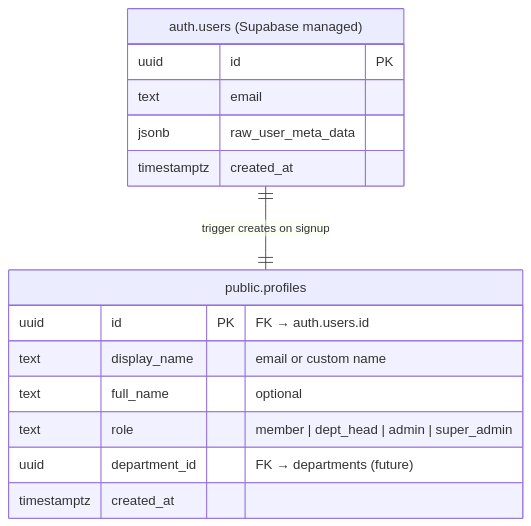
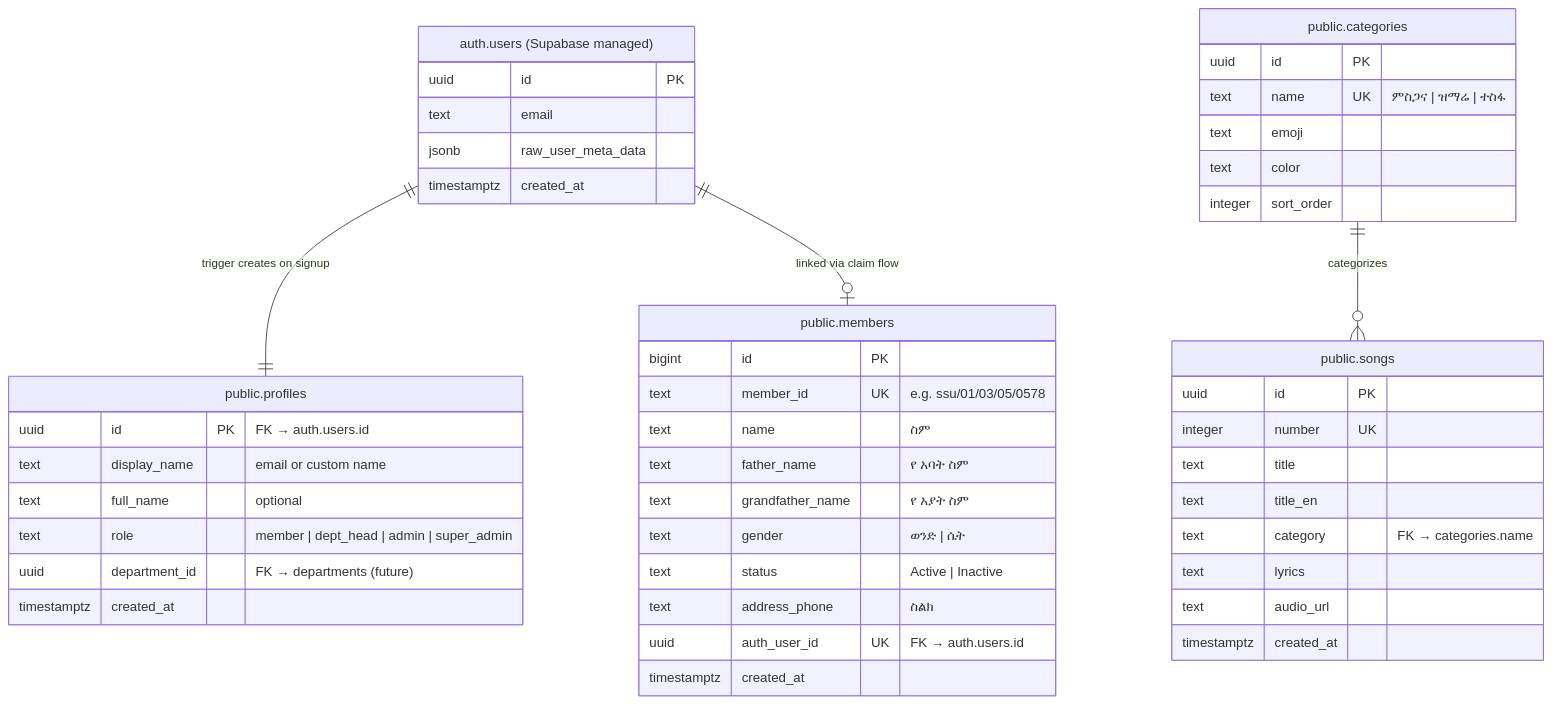
The first of 6 diagrams in docs/database.md (Felege-Yordanos-Tech-Team/felege-yordanos-app), drawn with Mermaid before and after one commit. The commit also changed other lines of this file and 3 other files, not shown here.

First line of the commit message:
docs: 📝 update all architecture docs for latest features

````diff
--- a/docs/database.md
+++ b/docs/database.md
@@ -9,20 +9,54 @@
 ```mermaid
 erDiagram
     AUTH_USERS["auth.users (Supabase managed)"] {
         uuid id PK
         text email
         jsonb raw_user_meta_data
         timestamptz created_at
     }
 
     PROFILES["public.profiles"] {
         uuid id PK "FK → auth.users.id"
         text display_name "email or custom name"
         text full_name "optional"
         text role "member | dept_head | admin | super_admin"
         uuid department_id "FK → departments (future)"
         timestamptz created_at
     }
 
+    MEMBERS["public.members"] {
+        bigint id PK
+        text member_id UK "e.g. ssu/01/03/05/0578"
+        text name "ስም"
+        text father_name "የ አባት ስም"
+        text grandfather_name "የ አያት ስም"
+        text gender "ወንድ | ሴት"
+        text status "Active | Inactive"
+        text address_phone "ስልክ"
+        uuid auth_user_id UK "FK → auth.users.id"
+        timestamptz created_at
+    }
+
+    CATEGORIES["public.categories"] {
+        uuid id PK
+        text name UK "ምስጋና | ዝማሬ | ተስፋ"
+        text emoji
+        text color
+        integer sort_order
+    }
+
+    SONGS["public.songs"] {
+        uuid id PK
+        integer number UK
+        text title
+        text title_en
+        text category "FK → categories.name"
+        text lyrics
+        text audio_url
+        timestamptz created_at
+    }
+
     AUTH_USERS ||--|| PROFILES : "trigger creates on signup"
+    AUTH_USERS ||--o| MEMBERS : "linked via claim flow"
+    CATEGORIES ||--o{ SONGS : "categorizes"
 ```
````
